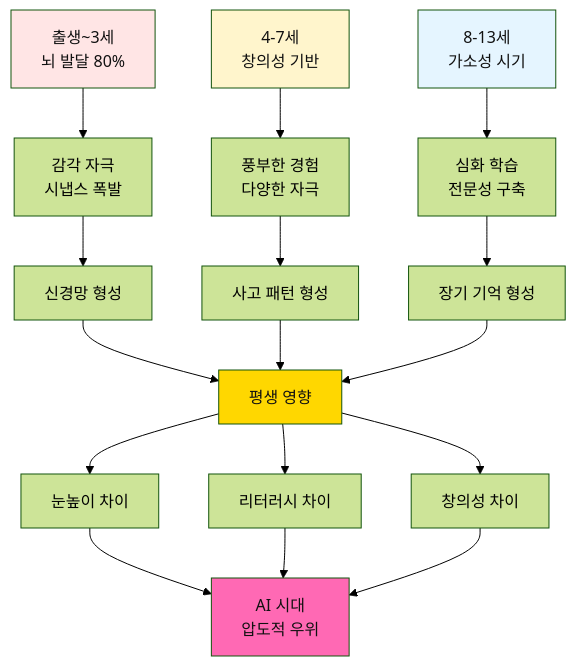
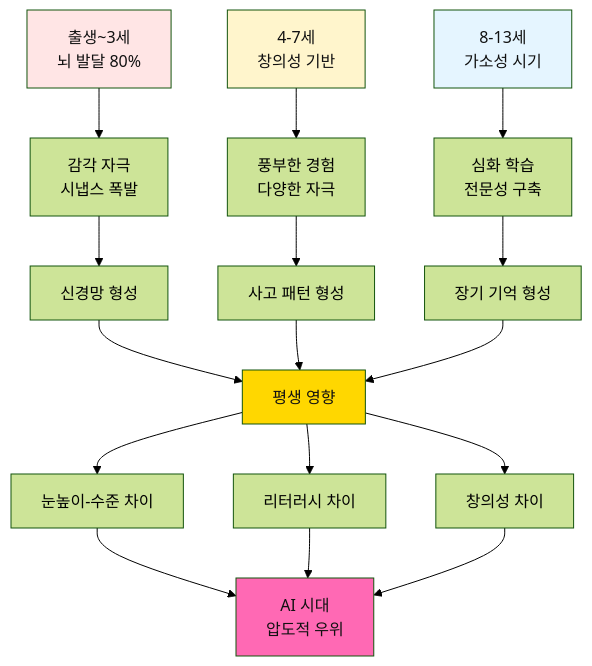
One commit to Collegenie-X/froebel changed diagram 13 of 22 in 나이별_프뢰벨교육과_AI시대_종합가이드.md. Above: the diagram before and after it, drawn with Mermaid (forest theme). The commit also changed other lines of this file and 2 other files, not shown here.

````diff
--- a/나이별_프뢰벨교육과_AI시대_종합가이드.md
+++ b/나이별_프뢰벨교육과_AI시대_종합가이드.md
@@ -565,29 +565,29 @@
 ```mermaid
 graph TD
     A[출생~3세<br/>뇌 발달 80%] --> B[감각 자극<br/>시냅스 폭발]
     B --> C[신경망 형성]
     
     D[4-7세<br/>창의성 기반] --> E[풍부한 경험<br/>다양한 자극]
     E --> F[사고 패턴 형성]
     
     G[8-13세<br/>가소성 시기] --> H[심화 학습<br/>전문성 구축]
     H --> I[장기 기억 형성]
     
     C --> J[평생 영향]
     F --> J
     I --> J
     
-    J --> K[눈높이 차이]
+    J --> K[눈높이-수준 차이]
     J --> L[리터러시 차이]
     J --> M[창의성 차이]
     
     K --> N[AI 시대<br/>압도적 우위]
     L --> N
     M --> N
     
     style A fill:#FFE5E5,color:#111
     style D fill:#FFF5CC,color:#111
     style G fill:#E5F5FF,color:#111
     style J fill:#FFD700,color:#111
     style N fill:#FF69B4,color:#111
 ```
````
